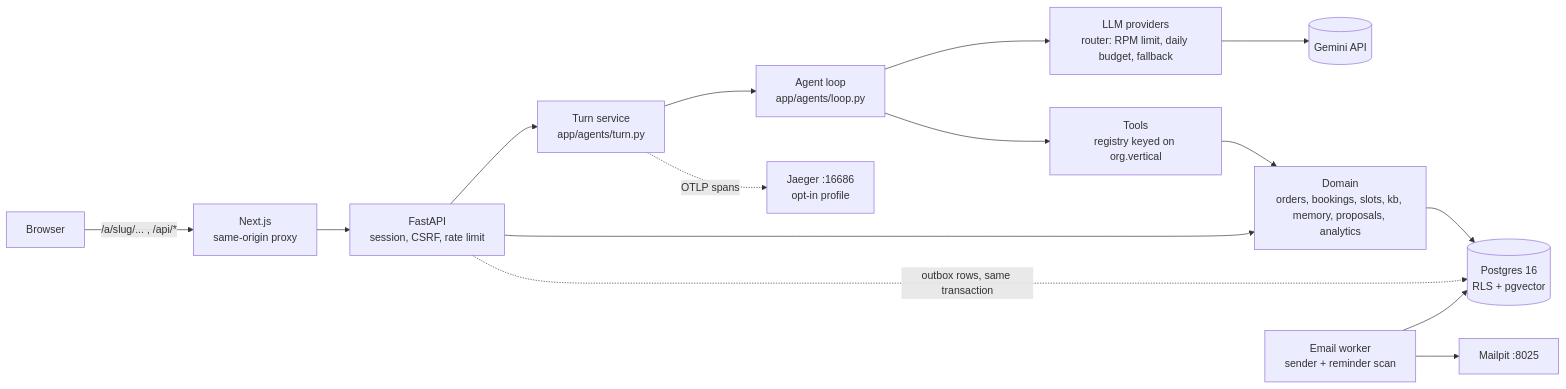
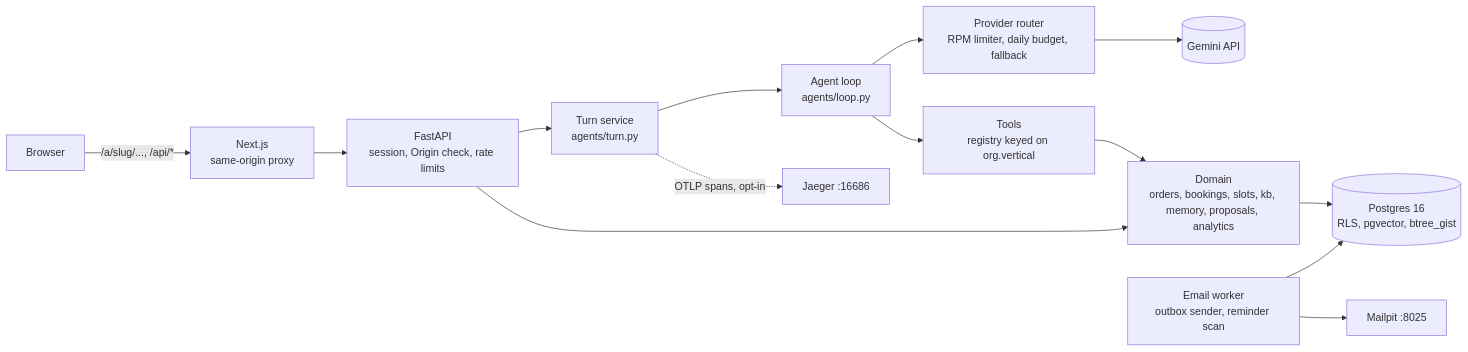
One commit to AditiChaudharyy14/multitenant-agent-platform changed the diagram in README.md. Above: the diagram before and after it, drawn with Mermaid. The commit also changed other lines of this file, not shown here.

````diff
--- a/README.md
+++ b/README.md
@@ -64,17 +93,16 @@
 ```mermaid
 flowchart LR
-  B[Browser] -->|/a/slug/... , /api/*| N[Next.js<br/>same-origin proxy]
-  N --> F[FastAPI<br/>session, CSRF, rate limit]
-  F --> T[Turn service<br/>app/agents/turn.py]
-  T --> L[Agent loop<br/>app/agents/loop.py]
-  L --> P[LLM providers<br/>router: RPM limit, daily budget, fallback]
+  B[Browser] -->|/a/slug/..., /api/*| N[Next.js<br/>same-origin proxy]
+  N --> F[FastAPI<br/>session, Origin check, rate limits]
+  F --> T[Turn service<br/>agents/turn.py]
+  T --> L[Agent loop<br/>agents/loop.py]
+  L --> P[Provider router<br/>RPM limiter, daily budget, fallback]
   P --> G[(Gemini API)]
   L --> TL[Tools<br/>registry keyed on org.vertical]
   TL --> D[Domain<br/>orders, bookings, slots, kb, memory, proposals, analytics]
-  D --> PG[(Postgres 16<br/>RLS + pgvector)]
+  D --> PG[(Postgres 16<br/>RLS, pgvector, btree_gist)]
   F --> D
-  F -. outbox rows, same transaction .-> PG
-  W[Email worker<br/>sender + reminder scan] --> PG
+  W[Email worker<br/>outbox sender, reminder scan] --> PG
   W --> M[Mailpit :8025]
-  T -. OTLP spans .-> J[Jaeger :16686<br/>opt-in profile]
+  T -. OTLP spans, opt-in .-> J[Jaeger :16686]
 ```
````
